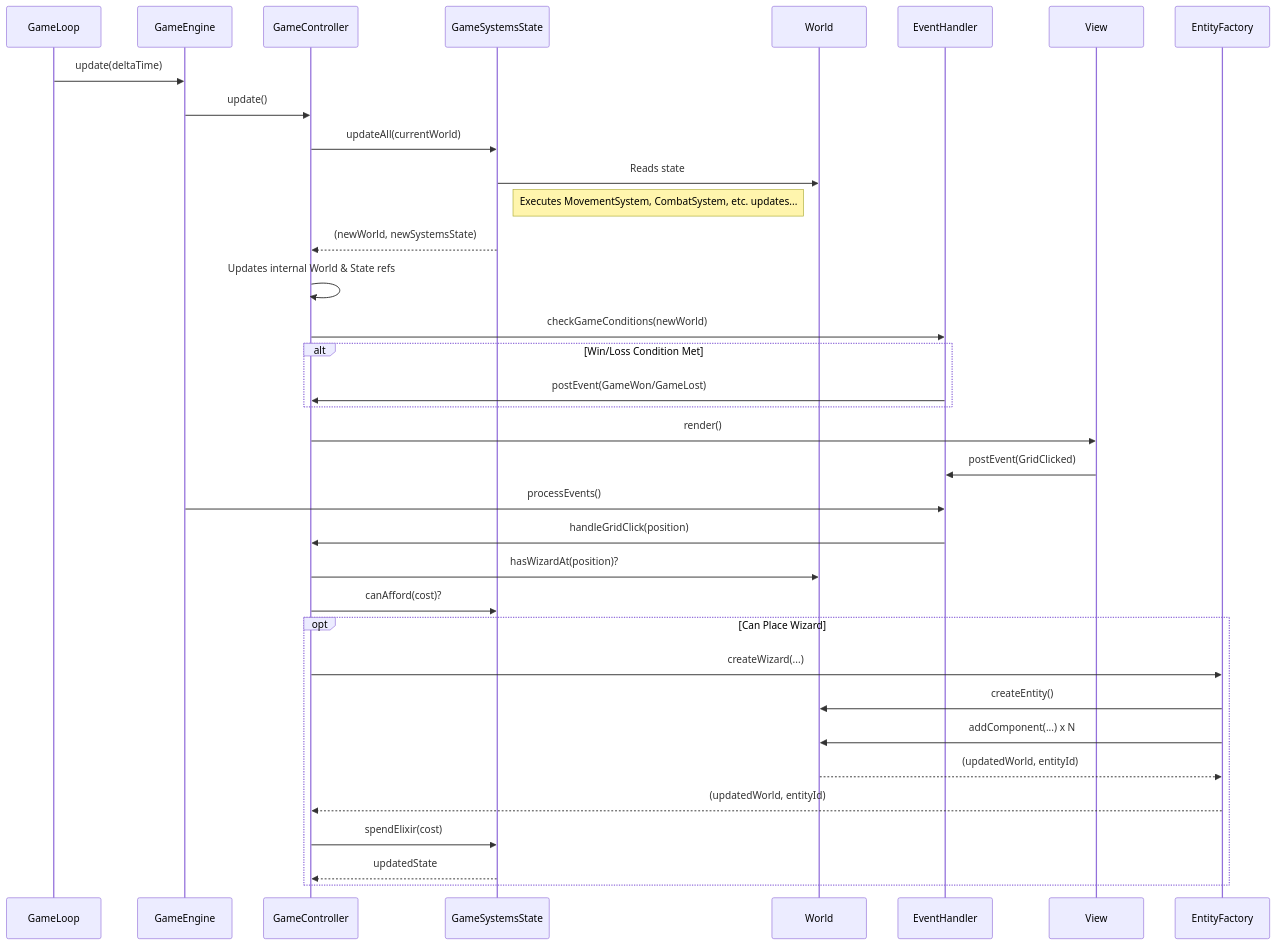
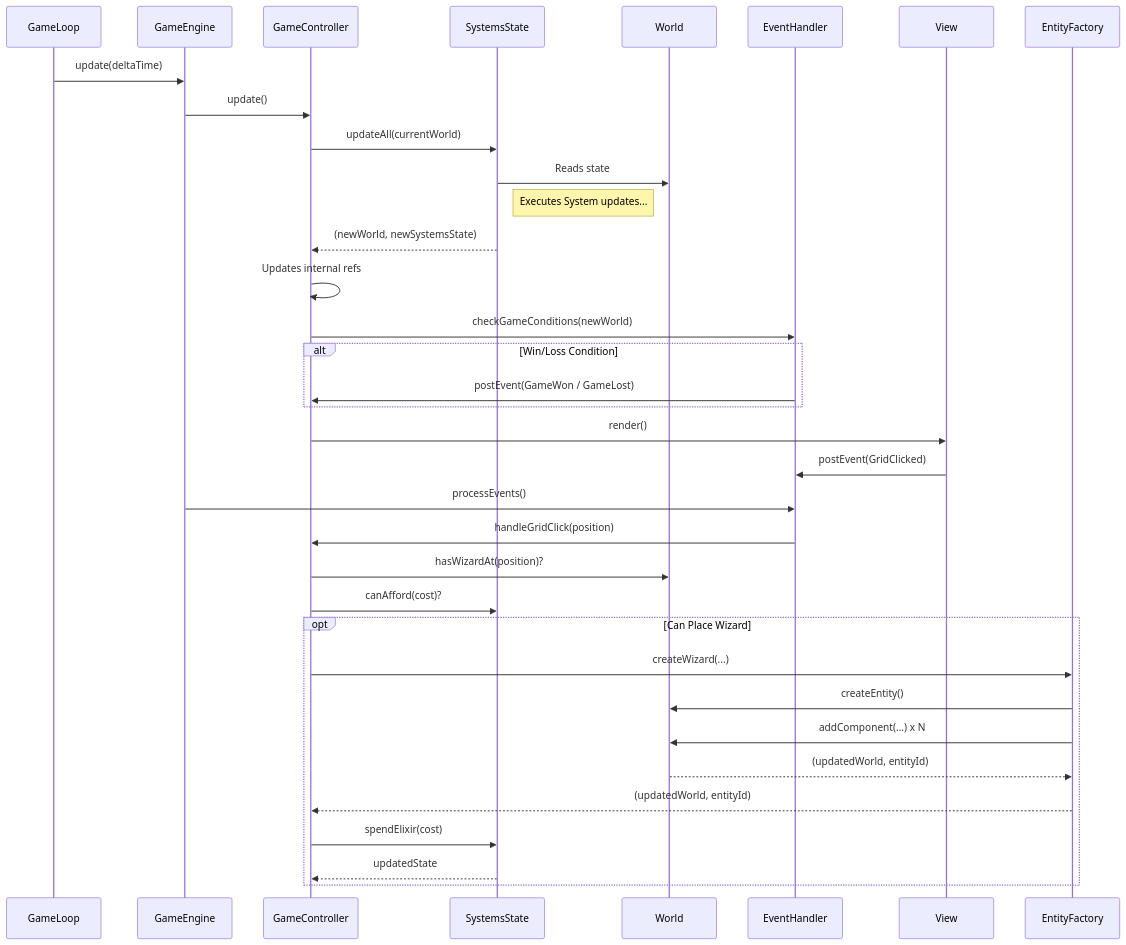
Before and after one commit to giacomofoschii/PPS-24-WvT: the seventh of 7 diagrams in docs/report/4-Design_di_dettaglio.md, drawn with Mermaid. The commit also changed other lines of this file, not shown here.

Commit message:
[DOC] Refactor class diagram and sequence diagram for improved clarity and structure

````diff
--- a/docs/report/4-Design_di_dettaglio.md
+++ b/docs/report/4-Design_di_dettaglio.md
@@ -403,39 +401,39 @@
 ```mermaid
 sequenceDiagram
     participant GL as GameLoop
     participant GE as GameEngine
     participant GC as GameController
-    participant GSS as GameSystemsState
+    participant GSS as SystemsState
     participant W as World
     participant EH as EventHandler
     participant V as View
     participant EF as EntityFactory
 
     GL->>GE: update(deltaTime)
     GE->>GC: update()
     GC->>GSS: updateAll(currentWorld)
     GSS->>W: Reads state
-    Note right of GSS: Executes MovementSystem, CombatSystem, etc. updates...
+    Note right of GSS: Executes System updates...
     GSS-->>GC: (newWorld, newSystemsState)
-    GC->>GC: Updates internal World & State refs
+    GC->>GC: Updates internal refs
     GC->>EH: checkGameConditions(newWorld)
-    alt Win/Loss Condition Met
-        EH->>GC: postEvent(GameWon/GameLost)
+    alt Win/Loss Condition
+        EH->>GC: postEvent(GameWon / GameLost)
     end
     GC->>V: render()
 
     V->>EH: postEvent(GridClicked)
     GE->>EH: processEvents()
     EH->>GC: handleGridClick(position)
     GC->>W: hasWizardAt(position)?
     GC->>GSS: canAfford(cost)?
     opt Can Place Wizard
         GC->>EF: createWizard(...)
         EF->>W: createEntity()
         EF->>W: addComponent(...) x N
         W-->>EF: (updatedWorld, entityId)
         EF-->>GC: (updatedWorld, entityId)
         GC->>GSS: spendElixir(cost)
         GSS-->>GC: updatedState
     end
 ```
````
